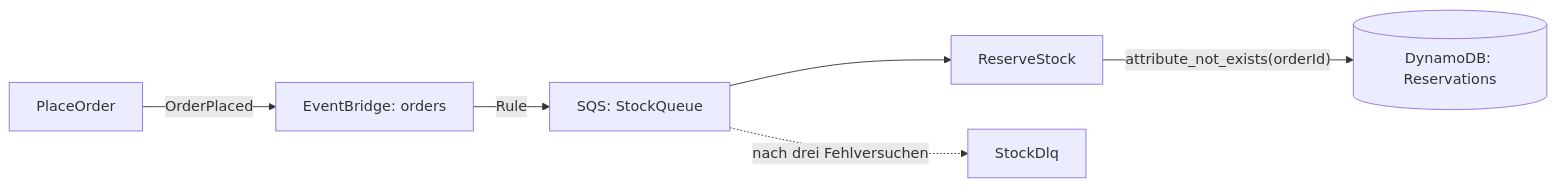
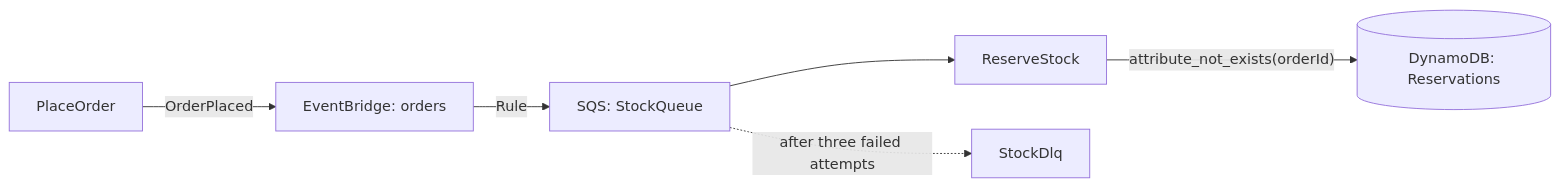
Before and after one commit to MikeBild/introduction-aws: the diagram in exercises/14-aws-events-queues/README.md, drawn with Mermaid. The commit also changed other lines of this file and 617 other files, not shown here.

````diff
--- a/exercises/14-aws-events-queues/README.md
+++ b/exercises/14-aws-events-queues/README.md
@@ -9,7 +11,7 @@
 ```mermaid
 flowchart LR
   p["PlaceOrder"] -- "OrderPlaced" --> eb["EventBridge: orders"]
   eb -- "Rule" --> q["SQS: StockQueue"] --> f["ReserveStock"]
-  q -. "nach drei Fehlversuchen" .-> dlq["StockDlq"]
+  q -. "after three failed attempts" .-> dlq["StockDlq"]
   f -- "attribute_not_exists(orderId)" --> t[("DynamoDB: Reservations")]
 ```
````
